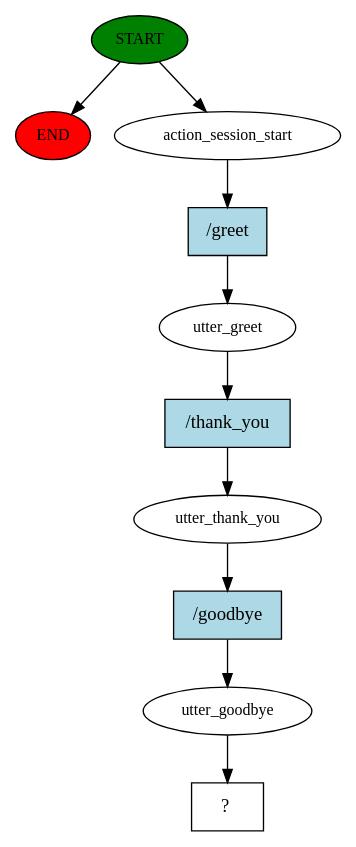
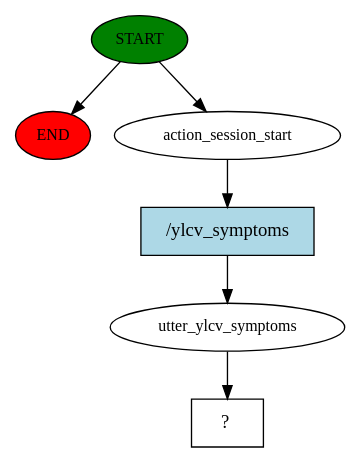
One commit to DamithaWee/Plantverse changed the diagram in Rasa Chatbot/pesti bot/story_graph.dot. Above: the diagram before and after it, drawn with Graphviz. The commit also changed 192 other files, not shown here.

```diff
--- a/Rasa Chatbot/pesti bot/story_graph.dot
+++ b/Rasa Chatbot/pesti bot/story_graph.dot
@@ -1,21 +1,13 @@
 digraph  {
 0 [class="start active", fillcolor=green, fontsize=12, label=START, style=filled];
 "-1" [class=end, fillcolor=red, fontsize=12, label=END, style=filled];
 1 [class=active, fontsize=12, label=action_session_start];
-2 [class=active, fontsize=12, label=utter_greet];
-3 [class=active, fontsize=12, label=utter_thank_you];
-4 [class=active, fontsize=12, label=utter_goodbye];
-5 [class="intent dashed active", label="  ?  ", shape=rect];
-6 [class="intent active", fillcolor=lightblue, label="/greet", shape=rect, style=filled];
-7 [class="intent active", fillcolor=lightblue, label="/thank_you", shape=rect, style=filled];
-8 [class="intent active", fillcolor=lightblue, label="/goodbye", shape=rect, style=filled];
+2 [class=active, fontsize=12, label=utter_ylcv_symptoms];
+3 [class="intent dashed active", label="  ?  ", shape=rect];
+4 [class="intent active", fillcolor=lightblue, label="/ylcv_symptoms", shape=rect, style=filled];
 0 -> "-1"  [class="", key=NONE, label=""];
 0 -> 1  [class=active, key=NONE, label=""];
-1 -> 6  [class=active, key=0];
-2 -> 7  [class=active, key=0];
-3 -> 8  [class=active, key=0];
-4 -> 5  [class=active, key=NONE, label=""];
-6 -> 2  [class=active, key=0];
-7 -> 3  [class=active, key=0];
-8 -> 4  [class=active, key=0];
+1 -> 4  [class=active, key=0];
+2 -> 3  [class=active, key=NONE, label=""];
+4 -> 2  [class=active, key=0];
 }
```
